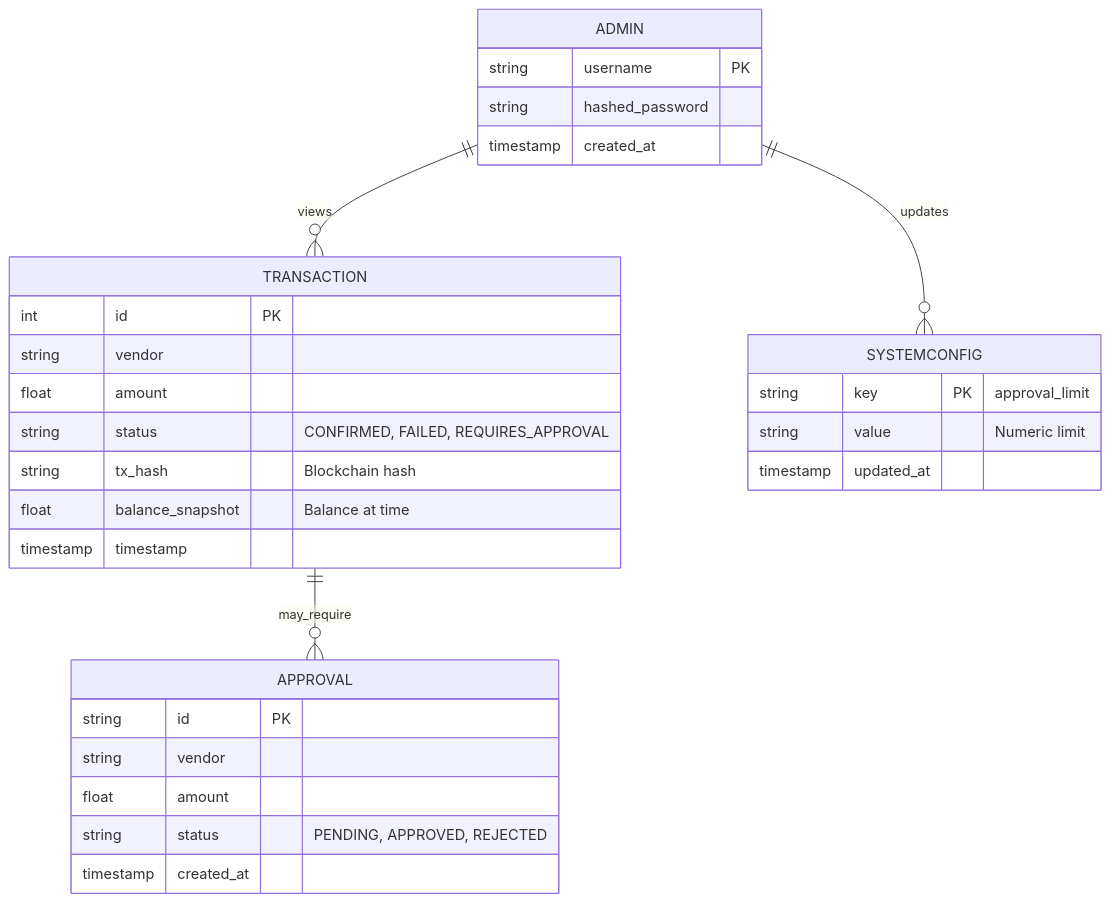
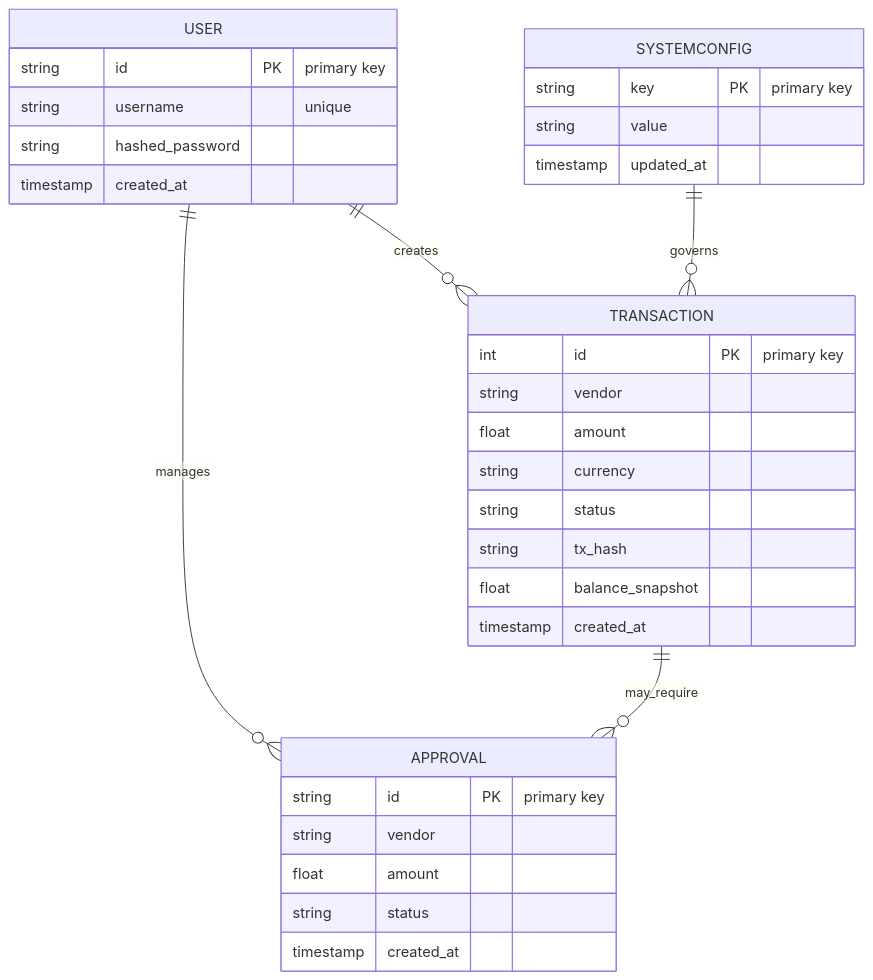
One commit to nirajmind/autonomous-treasurer changed the third of 3 diagrams in ARCHITECTURE.md. Above: the diagram before and after it, drawn with Mermaid. The commit also changed other lines of this file and 43 other files, not shown here.

Commit message:
Improved architecture with a high score of 9.5/10 by adding observability security scalability and many more

````diff
--- a/ARCHITECTURE.md
+++ b/ARCHITECTURE.md
@@ -133,36 +483,39 @@
 ```mermaid
 erDiagram
-    ADMIN ||--o{ TRANSACTION : "views"
-    ADMIN ||--o{ SYSTEMCONFIG : "updates"
-    TRANSACTION ||--o{ APPROVAL : "may_require"
+    USER ||--o{ TRANSACTION : creates
+    USER ||--o{ APPROVAL : manages
+    TRANSACTION ||--o{ APPROVAL : may_require
+    SYSTEMCONFIG ||--o{ TRANSACTION : governs
     
-    ADMIN {
-        string username PK
+    USER {
+        string id PK "primary key"
+        string username "unique"
         string hashed_password
         timestamp created_at
     }
     
     TRANSACTION {
-        int id PK
+        int id PK "primary key"
         string vendor
         float amount
-        string status "CONFIRMED, FAILED, REQUIRES_APPROVAL"
-        string tx_hash "Blockchain hash"
-        float balance_snapshot "Balance at time"
-        timestamp timestamp
+        string currency
+        string status
+        string tx_hash
+        float balance_snapshot
+        timestamp created_at
     }
     
     APPROVAL {
-        string id PK
+        string id PK "primary key"
         string vendor
         float amount
-        string status "PENDING, APPROVED, REJECTED"
+        string status
         timestamp created_at
     }
     
     SYSTEMCONFIG {
-        string key PK "approval_limit"
-        string value "Numeric limit"
+        string key PK "primary key"
+        string value
         timestamp updated_at
     }
 ```
````
